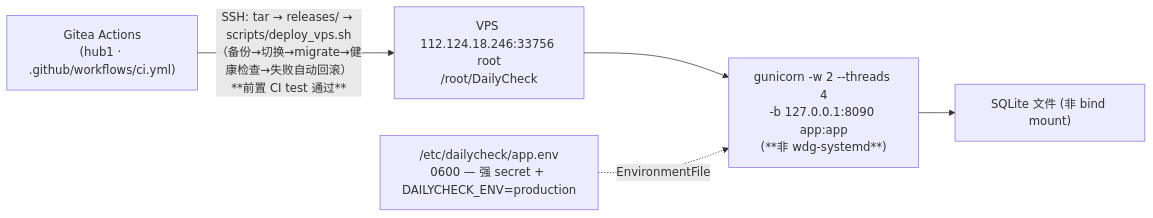
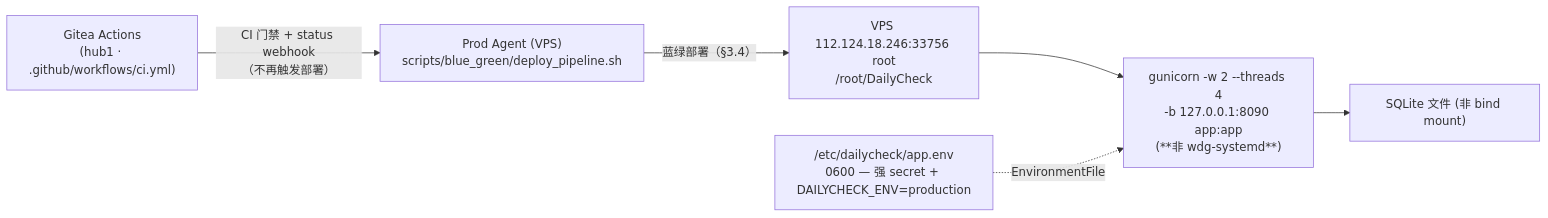
One commit to DUIDUI-Studio/DailyCheck changed the third of 18 diagrams in docs/ARCHITECTURE.md. Above: the diagram before and after it, drawn with Mermaid. The commit also changed other lines of this file and 1 other file, not shown here.

Commit message:
test(deploy): 移除已下线 CI deploy job 的两条凭据用例

````diff
--- a/docs/ARCHITECTURE.md
+++ b/docs/ARCHITECTURE.md
@@ -128,13 +128,15 @@
 ```mermaid
 flowchart LR
     Gitea["Gitea Actions<br/>(hub1 · .github/workflows/ci.yml)"]
+    ProdAgent["Prod Agent (VPS)<br/>scripts/blue_green/deploy_pipeline.sh"]
     VPS["VPS 112.124.18.246:33756 root<br/>/root/DailyCheck"]
     Gunicorn["gunicorn -w 2 --threads 4<br/>-b 127.0.0.1:8090 app:app<br/>(**非 wdg-systemd**)"]
     SQLite["SQLite 文件 (非 bind mount)"]
     Secrets["/etc/dailycheck/app.env<br/>0600 — 强 secret + DAILYCHECK_ENV=production"]
 
-    Gitea -->|SSH: tar → releases/ → scripts/deploy_vps.sh<br/>（备份→切换→migrate→健康检查→失败自动回滚）<br/>**前置 CI test 通过**| VPS
+    Gitea -->|CI 门禁 + status webhook<br/>（不再触发部署）| ProdAgent
+    ProdAgent -->|蓝绿部署（§3.4）| VPS
     VPS --> Gunicorn
     Gunicorn --> SQLite
     Secrets -.->|EnvironmentFile| Gunicorn
 ```
````
